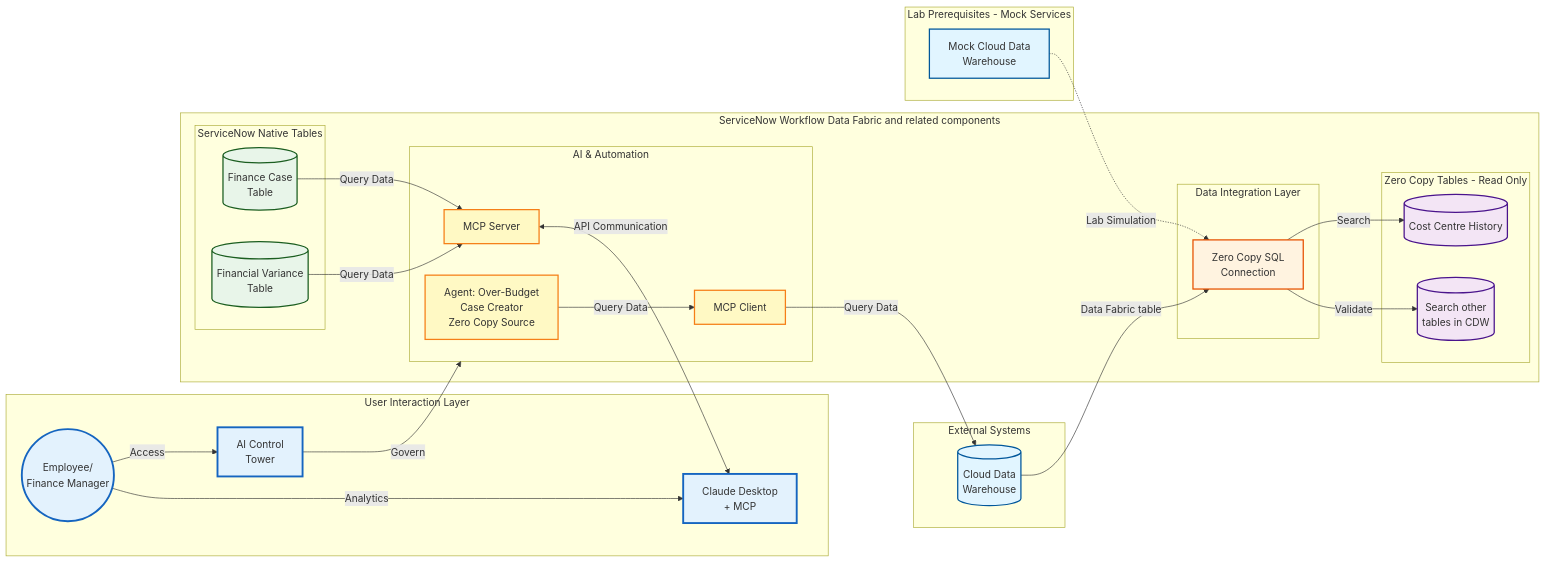
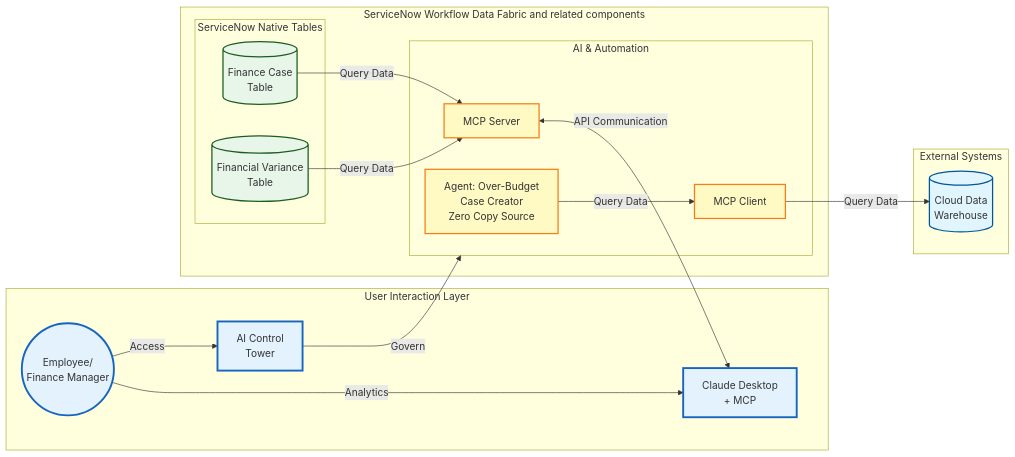
One commit to leojacinto/WorkflowDataFabric-TypeA changed the diagram in 6_MCP_and_AI_Control_Tower.md. Above: the diagram before and after it, drawn with Mermaid.

Commit message:
GITBOOK-119: No subject

````diff
--- a/6_MCP_and_AI_Control_Tower.md
+++ b/6_MCP_and_AI_Control_Tower.md
@@ -13,72 +13,54 @@
 ```mermaid
 graph LR
     subgraph "User Interaction Layer"
         Employee((Employee/<br/>Finance Manager))
         ClaudeDesktop[Claude Desktop<br/>+ MCP]
         ControlTower[AI Control<br/>Tower]
     end
 
     subgraph "External Systems"
         CDW[(Cloud Data<br/>Warehouse)]
     end
 
     subgraph "ServiceNow Workflow Data Fabric and related components"
         subgraph "ServiceNow Native Tables"
             FinCase[(Finance Case<br/>Table)]
             FinVar[(Financial Variance<br/>Table)]
         end
-        subgraph "Data Integration Layer"
-            ZeroCopySQL[Zero Copy SQL<br/>Connection]
-        end
-
-        subgraph "Zero Copy Tables - Read Only"
-            ZCCH[(Cost Centre History)]
-            ZCCO[(Search other<br/>tables in CDW)]
-        end
 
         subgraph AI[AI & Automation]
             Agent1[Agent: Over-Budget<br/>Case Creator<br/>Zero Copy Source]
             MCPS[MCP Server]
             MCPC[MCP Client]
         end
     end
-
-    subgraph "Lab Prerequisites - Mock Services"
-        MockCDW[Mock Cloud Data<br/>Warehouse]
-    end
-
-    %% Data Flow Connections
-    CDW -->|Data Fabric table| ZeroCopySQL
-    MockCDW -.->|Lab Simulation| ZeroCopySQL
-    ZeroCopySQL --> |Search|ZCCH
-    ZeroCopySQL --> |Validate|ZCCO
 
     %% MCP Server Connection
     FinVar -->|Query Data| MCPS
     FinCase -->|Query Data| MCPS
     MCPS <-->|API Communication| ClaudeDesktop
 
     %% MCP Client Connection
     Agent1 -->|Query Data| MCPC
     MCPC -->|Query Data| CDW
 
     %% User Interaction Connections
     Employee -->|Access| ControlTower -->|Govern| AI
     Employee -->|Analytics| ClaudeDesktop
 
     %% Styling
     classDef external fill:#e1f5ff,stroke:#01579b,stroke-width:2px
     classDef integration fill:#fff3e0,stroke:#e65100,stroke-width:2px
     classDef zeroCopy fill:#f3e5f5,stroke:#4a148c,stroke-width:2px
     classDef native fill:#e8f5e9,stroke:#1b5e20,stroke-width:2px
     classDef ai fill:#fff9c4,stroke:#f57f17,stroke-width:2px
     classDef user fill:#e3f2fd,stroke:#1565c0,stroke-width:3px
 
     class ERP,ExpenseAPI,SharePoint,CDW,MockERP,MockExpense,MockCDW external
     class ZeroCopySQL,ZeroCopyERP,IntHub,ExtContent integration
     class ZCCC,ZCCH,ZCCO,ZCExp zeroCopy
     class ExpenseTable,FinCase,FinVar native
     class Agent1,Agent2,Agent3,RAG,NASK,FlowAction,MCPS,MCPC,Lens,DocIntel ai
     class Employee,EC,ControlTower,ClaudeDesktop user
 
 ```
````
